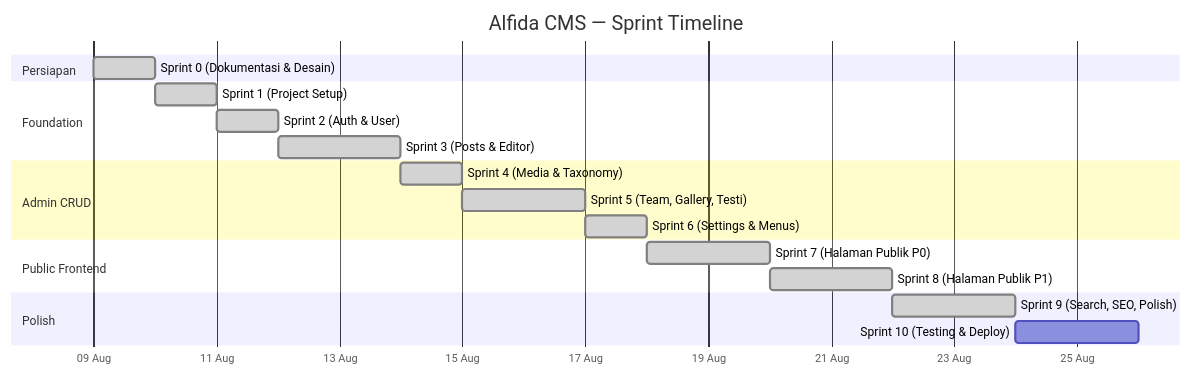
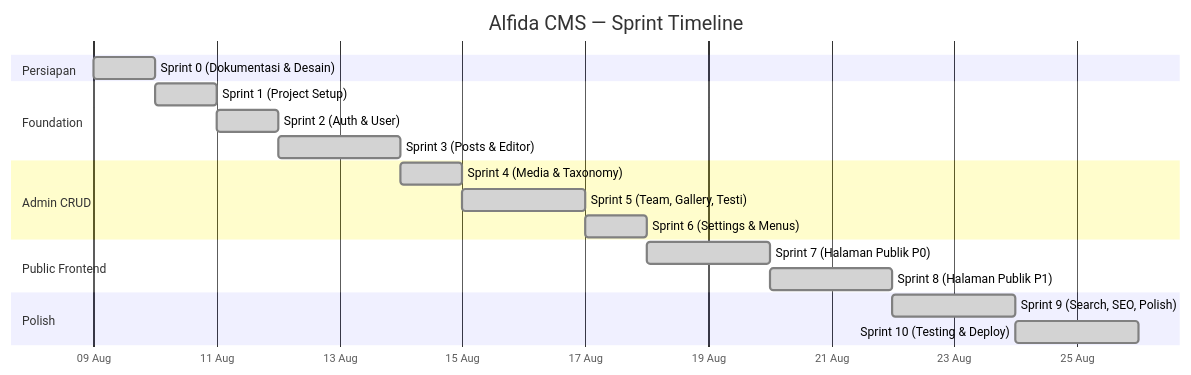
The diagram in docs/sprint-plan.md (alchemista27/nextcms), drawn with Mermaid before and after one commit. The commit also changed other lines of this file and 1 other file, not shown here.

Commit message:
docs: mark sprint 10 as completed

````diff
--- a/docs/sprint-plan.md
+++ b/docs/sprint-plan.md
@@ -17,27 +17,27 @@
 ```mermaid
 gantt
     title Alfida CMS — Sprint Timeline
     dateFormat YYYY-MM-DD
     axisFormat %d %b
 
     section Persiapan
     Sprint 0 (Dokumentasi & Desain)  :done, s0, 2026-08-09, 1d
 
     section Foundation
     Sprint 1 (Project Setup)         :done, s1, after s0, 1d
     Sprint 2 (Auth & User)           :done, s2, after s1, 1d
     Sprint 3 (Posts & Editor)        :done, s3, after s2, 2d
 
     section Admin CRUD
     Sprint 4 (Media & Taxonomy)      :done, s4, after s3, 1d
     Sprint 5 (Team, Gallery, Testi)  :done, s5, after s4, 2d
     Sprint 6 (Settings & Menus)      :done, s6, after s5, 1d
 
     section Public Frontend
     Sprint 7 (Halaman Publik P0)     :done, s7, after s6, 2d
     Sprint 8 (Halaman Publik P1)     :done, s8, after s7, 2d
 
     section Polish
     Sprint 9 (Search, SEO, Polish)   :done, s9, after s8, 2d
-    Sprint 10 (Testing & Deploy)     :s10, after s9, 2d
+    Sprint 10 (Testing & Deploy)     :done, s10, after s9, 2d
 ```
````
